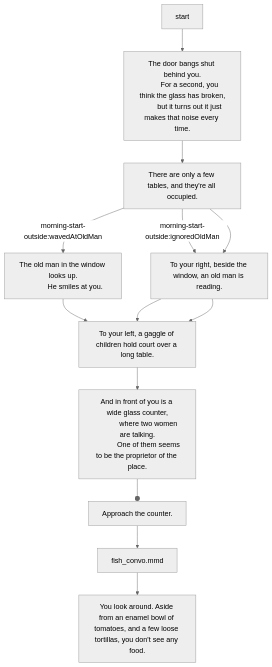
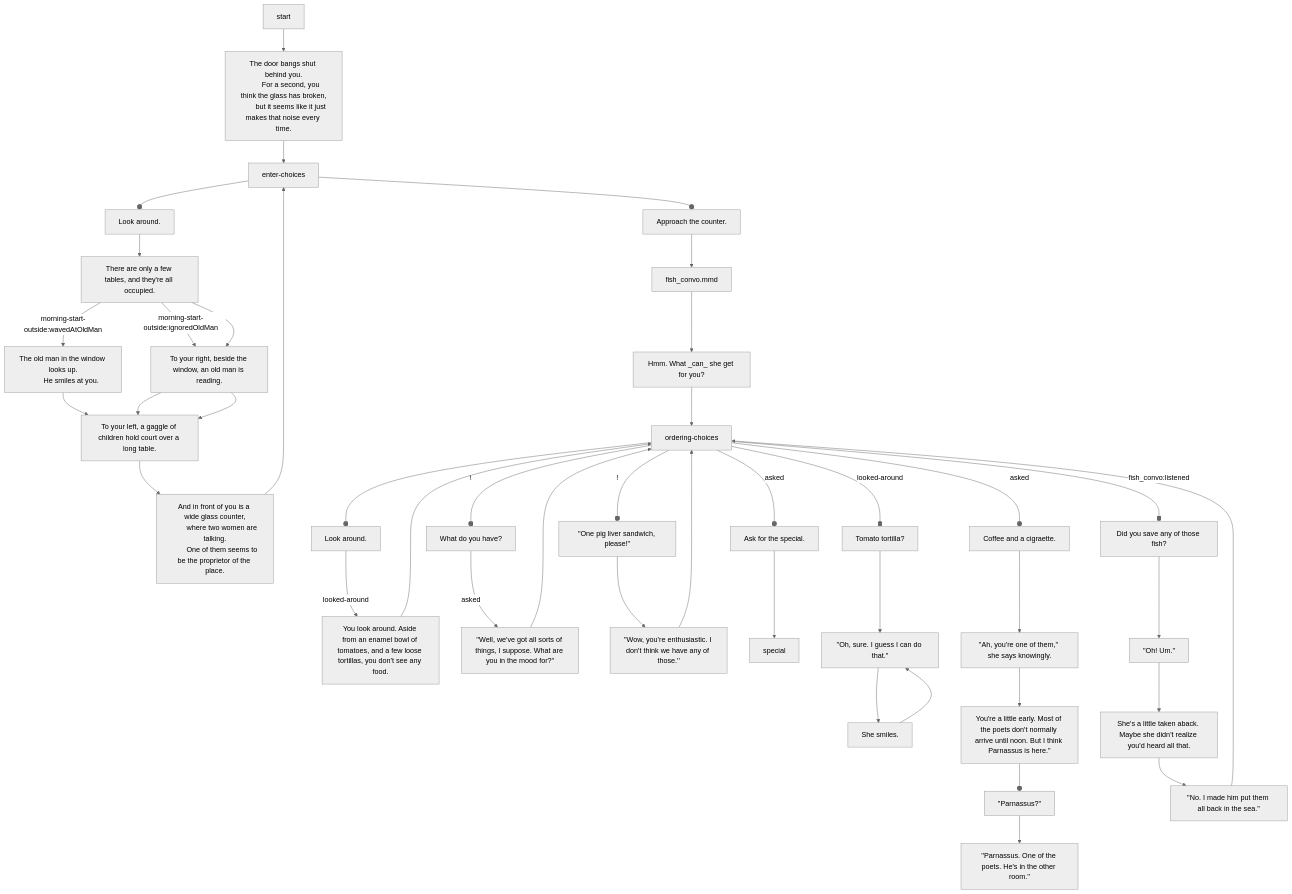
One commit to probablyduncan/cafe changed the diagram in src/assets/scenes/morning-ordering.mmd. Above: the diagram before and after it, drawn with Mermaid (neutral theme). The commit also changed 3 other files, not shown here.

Commit message:
some morning inside stuff and speed tweaks

```diff
--- a/src/assets/scenes/morning-ordering.mmd
+++ b/src/assets/scenes/morning-ordering.mmd
@@ -1,55 +1,48 @@
 flowchart TD
 
-    %% i[*You walk up to the counter, which is a wide glass case. Aside from an enamel bowl of tomatoes and a few loose tortillas, it's mostly empty.*]
-    %% --> ii[*The woman behind the counter looks you up and down. She's old and her hair is all over the place. Like a hedgehog.*]
-    %% --> iii[What can I get for you? *she asks.*]
-    %% --> iv[*You don't see a menu anywhere.*]
+    start --> a[
+        The door bangs shut behind you.
+        For a second, you think the glass has broken,
+        but it seems like it just makes that noise every time.
+    ] --> enter-choices
 
-    %% iv --o c1[What do you have?]
-    %% --> c1-i[Oh!] --> c1-ii[*The woman looks behind her. There's a folding screen leaned up against the wall. She pulls it out next to the counter and unfolds it, revealing a thorough list of things that go in sandwiches.*] --> c1-c1[Read the list.] & c1-c2[Ask for ''the first thing'' on the list.]
+    enter-choices --o a1[Look around.] --> b
+    enter-choices --o a2[Approach the counter.] --> fish_convo.mmd
 
-    %% c1-c1 --> c1-c1-i[You try, but it's all jibberish to you. Oh yeah. You can't read.] --> c1-c1-ii[How could you forget?]
+    b[There are only a few tables, and they're all occupied.]
+    
+    b --> |morning-start-outside:wavedAtOldMan| ba[
+        The old man in the window looks up.
+        He smiles at you.
+    ] --> c
 
-    %% iv --o c2[One cheese sandwhich, please.]
-    
-    %% iv --o c3[Coffee and a cigraette.]
-    
-    %% iv --o c4[*Tell her to surprise you.*]
-    
-    %% iv --o c5[Ask her what her name is.]
+    b --> |morning-start-outside:ignoredOldMan| bb[
+        The old man in the window looks up at you,
+        his eyebrows raised.
+    ] --> c
+
+    b --> bb[
+        To your right, beside the window, an old man is reading.
+    ] --> c
+
+    c[To your left, a gaggle of children hold court over a long table.]
+    --> d[
+        And in front of you is a wide glass counter,
+        where two women are talking.
+        One of them seems to be the proprietor of the place.
+    ] --> enter-choices
+
+    fish_convo.mmd --> fc[Hmm. What _can_ she get for you?] --> ordering-choices
+
+    ordering-choices --o o1[Look around.] -- looked-around --> look-around[You look around. Aside from an enamel bowl of tomatoes, and a few loose tortillas, you don't see any food.] --> ordering-choices
+    ordering-choices -- ! --o o2[What do you have?] -- asked--> ask-her[''Well, we've got all sorts of things, I suppose. What are you in the mood for?''] --> ordering-choices
+    ordering-choices -- ! --o o3[''One pig liver sandwich, please!''] --> liver[''Wow, you're enthusiastic. I don't think we have any of those.''] --> ordering-choices
+    ordering-choices -- asked --o o4[Ask for the special.] --> special
+    ordering-choices -- looked-around --o o5[Tomato tortilla?] --> tom-tot[You point at the counter and ask for some tomatoes in a tortilla.] --> tom-tot2[She smiles.] --> tom-tot[''Oh, sure. I guess I can do that.'']
+    ordering-choices -- asked --o o6[Coffee and a cigraette.] --> french-breakfast[''Ah, you're one of them,'' she says knowingly.] --> fb2[You're a little early. Most of the poets don't normally arrive until noon. But I think Parnassus is here.''] --o fb3[''Parnassus?''] --> fb4[''Parnassus. One of the poets. He's in the other room.'']
+    ordering-choices -- fish_convo:listened --o o7[Did you save any of those fish?] --> fish[''Oh! Um.''] --> fish2[She's a little taken aback. Maybe she didn't realize you'd heard all that.] --> fish3[''No. I made him put them all back in the sea.''] --> ordering-choices
 
 
-
-
-    start --> a[The door bangs shut behind you.
-        For a second, you think the glass has broken,
-        but it turns out it just makes that noise every time.]
-        --> b[There are only a few tables, and they're all occupied.]
-        
-        b -->|morning-start-outside:wavedAtOldMan| ba[
-            The old man in the window looks up.
-            He smiles at you.
-        ] --> c
-
-        b -->|morning-start-outside:ignoredOldMan| bb[
-            The old man in the window looks up at you,
-            his eyebrows raised.
-        ] --> c
-
-        b --> bb[To your right, beside the window, an old man is reading.] --> c
-
-        c[To your left, a gaggle of children hold court over a long table.]
-        --> d[
-            And in front of you is a wide glass counter,
-            where two women are talking.
-            One of them seems to be the proprietor of the place.
-        ]
-        --o e[Approach the counter.] --> fish_convo.mmd
-        --> f[You look around. Aside from an enamel bowl of tomatoes, and a few loose tortillas, you don't see any food.]
-
-
-        %% and he slapped the fish, one after the other. And they flopped around, of course. they're chatting and you have to interrupt them or wait?
-
-        %% once you've ordered, you have to choose where to sit.
-        %% and I have to make it really easy to go take your food outside and be alone.
-        %% but difficult/rewarding to sit down with some rando
+    %% once you've ordered, you have to choose where to sit.
+    %% and I have to make it really easy to go take your food outside and be alone.
+    %% but difficult/rewarding to sit down with some rando
```
